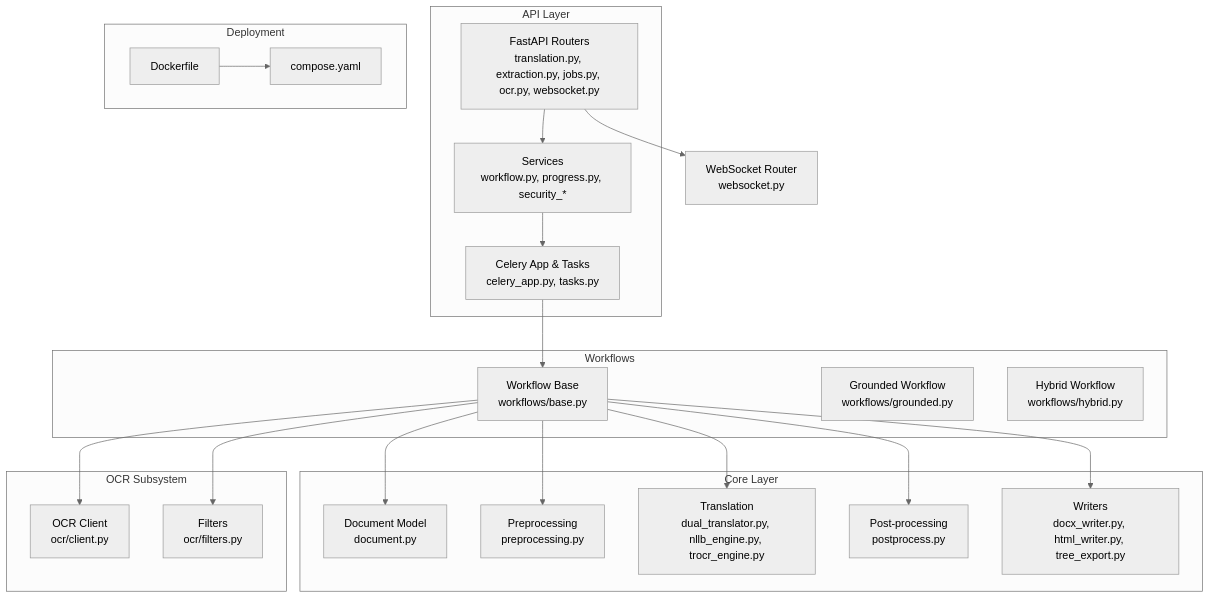
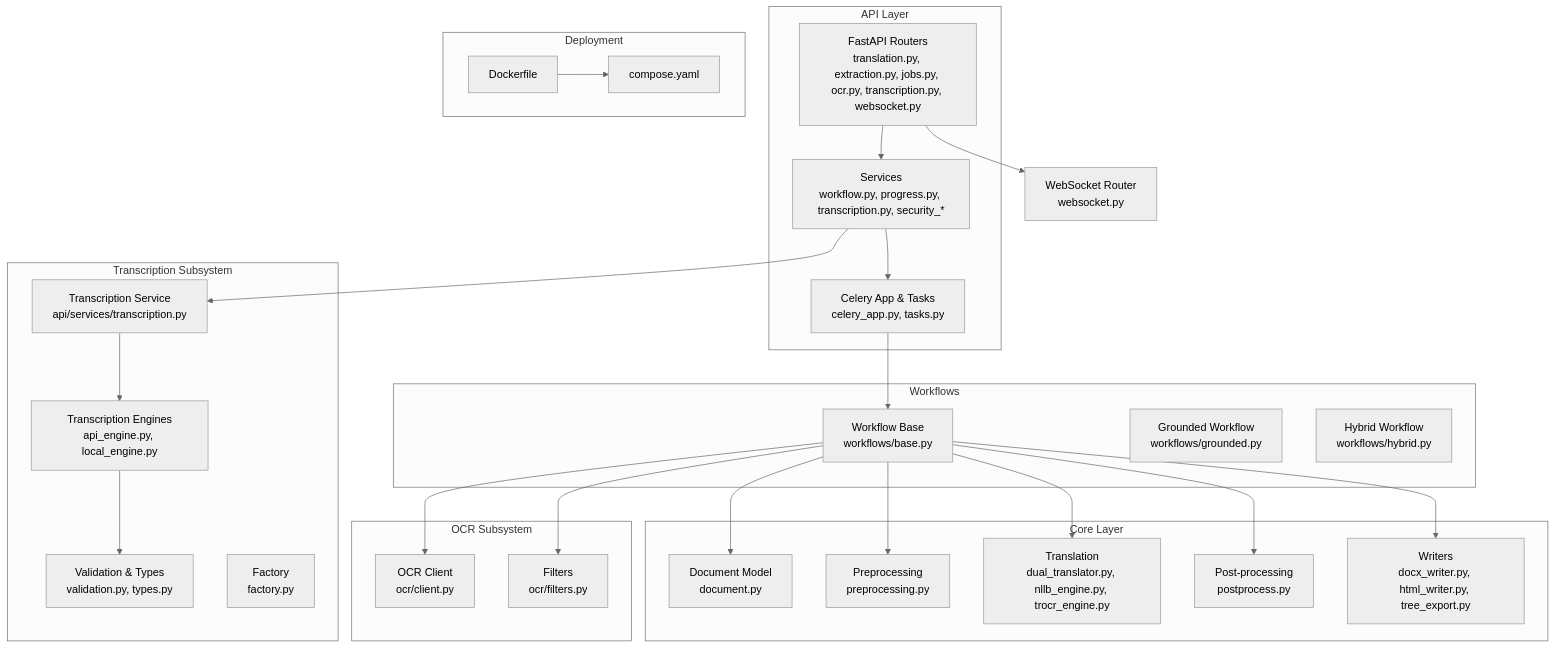
One commit to Sifr-r/LocalDeepL changed the first of 3 diagrams in .qoder/repowiki/en/content/System Architecture/System Overview.md. Above: the diagram before and after it, drawn with Mermaid (neutral theme). The commit also changed other lines of this file and 104 other files, not shown here.

````diff
--- a/.qoder/repowiki/en/content/System Architecture/System Overview.md
+++ b/.qoder/repowiki/en/content/System Architecture/System Overview.md
@@ -72,40 +82,49 @@
 ```mermaid
 graph TB
 subgraph "API Layer"
-A["FastAPI Routers<br/>translation.py, extraction.py, jobs.py, ocr.py, websocket.py"]
-S["Services<br/>workflow.py, progress.py, security_*"]
+A["FastAPI Routers<br/>translation.py, extraction.py, jobs.py, ocr.py, transcription.py, websocket.py"]
+S["Services<br/>workflow.py, progress.py, transcription.py, security_*"]
 C["Celery App & Tasks<br/>celery_app.py, tasks.py"]
 end
 subgraph "Core Layer"
 D["Document Model<br/>document.py"]
 P["Preprocessing<br/>preprocessing.py"]
 T["Translation<br/>dual_translator.py, nllb_engine.py, trocr_engine.py"]
 PP["Post-processing<br/>postprocess.py"]
 W["Writers<br/>docx_writer.py, html_writer.py, tree_export.py"]
+end
+subgraph "Transcription Subsystem"
+TS["Transcription Service<br/>api/services/transcription.py"]
+TE["Transcription Engines<br/>api_engine.py, local_engine.py"]
+TV["Validation & Types<br/>validation.py, types.py"]
+TF["Factory<br/>factory.py"]
 end
 subgraph "Workflows"
 WF["Workflow Base<br/>workflows/base.py"]
 WG["Grounded Workflow<br/>workflows/grounded.py"]
 WH["Hybrid Workflow<br/>workflows/hybrid.py"]
 end
 subgraph "OCR Subsystem"
 OC["OCR Client<br/>ocr/client.py"]
 OF["Filters<br/>ocr/filters.py"]
 end
 subgraph "Deployment"
 DC["Dockerfile"]
 CO["compose.yaml"]
 end
 A --> S
 S --> C
+S --> TS
+TS --> TE
+TE --> TV
 C --> WF
 WF --> D
 WF --> P
 WF --> T
 WF --> PP
 WF --> W
 WF --> OC
 WF --> OF
 A --> WS["WebSocket Router<br/>websocket.py"]
 DC --> CO
 ```
````
